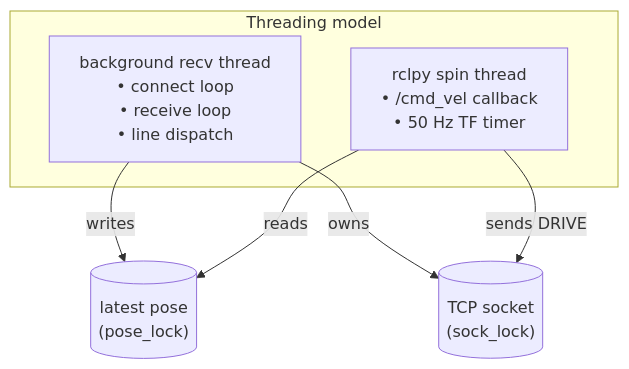
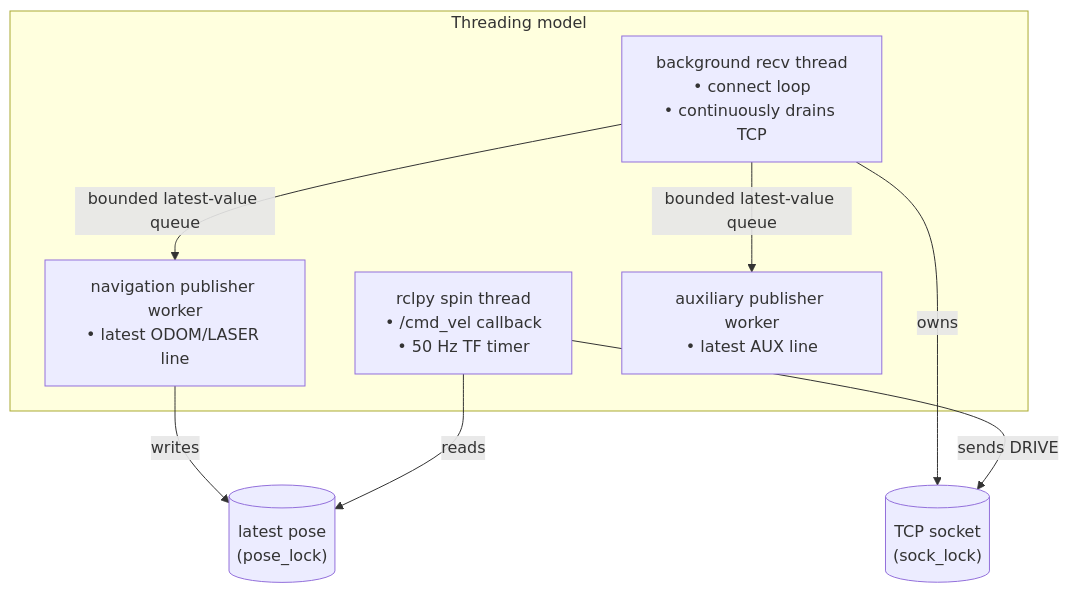
One commit to cmu-impactlab/patrolbot changed the diagram in docs/packages/patrolbot_bridge.md. Above: the diagram before and after it, drawn with Mermaid. The commit also changed other lines of this file and 11 other files, not shown here.

````diff
--- a/docs/packages/patrolbot_bridge.md
+++ b/docs/packages/patrolbot_bridge.md
@@ -46,14 +46,18 @@
 ```mermaid
 flowchart TB
     subgraph THREADS["Threading model"]
         SPIN["rclpy spin thread\n• /cmd_vel callback\n• 50 Hz TF timer"]
-        RECV["background recv thread\n• connect loop\n• receive loop\n• line dispatch"]
+        RECV["background recv thread\n• connect loop\n• continuously drains TCP"]
+        NAV["navigation publisher worker\n• latest ODOM/LASER line"]
+        AUX["auxiliary publisher worker\n• latest AUX line"]
     end
     SOCK[("TCP socket\n(sock_lock)")]
     POSE[("latest pose\n(pose_lock)")]
 
-    RECV -->|writes| POSE
+    RECV -->|bounded latest-value queue| NAV
+    RECV -->|bounded latest-value queue| AUX
+    NAV -->|writes| POSE
     SPIN -->|reads| POSE
     RECV -->|owns| SOCK
     SPIN -->|sends DRIVE| SOCK
 ```
````
